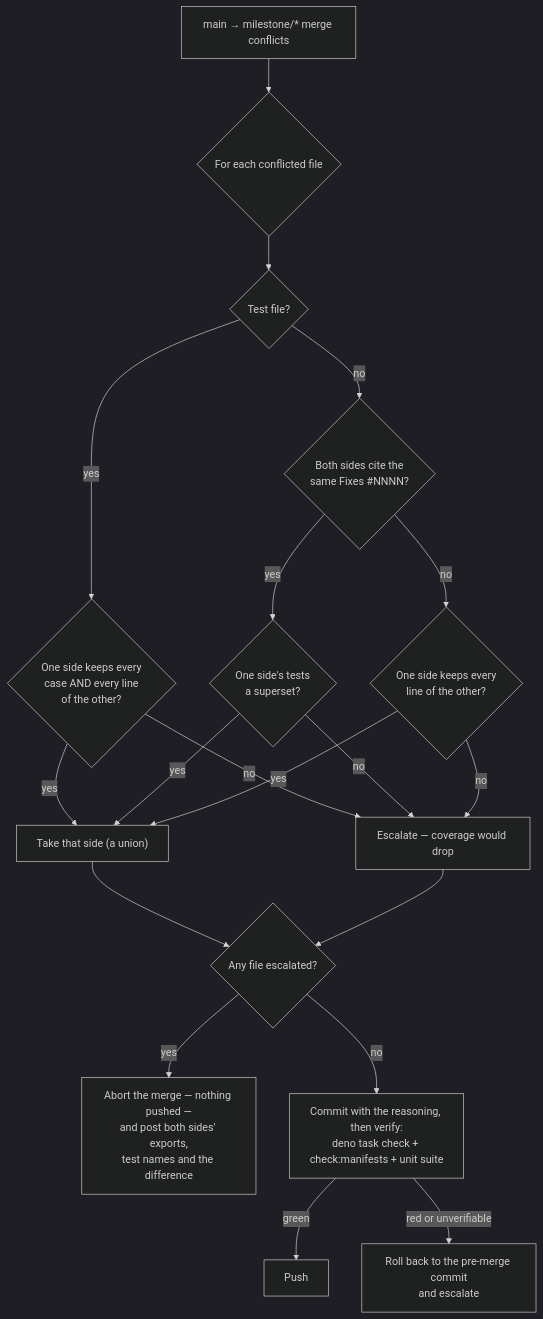
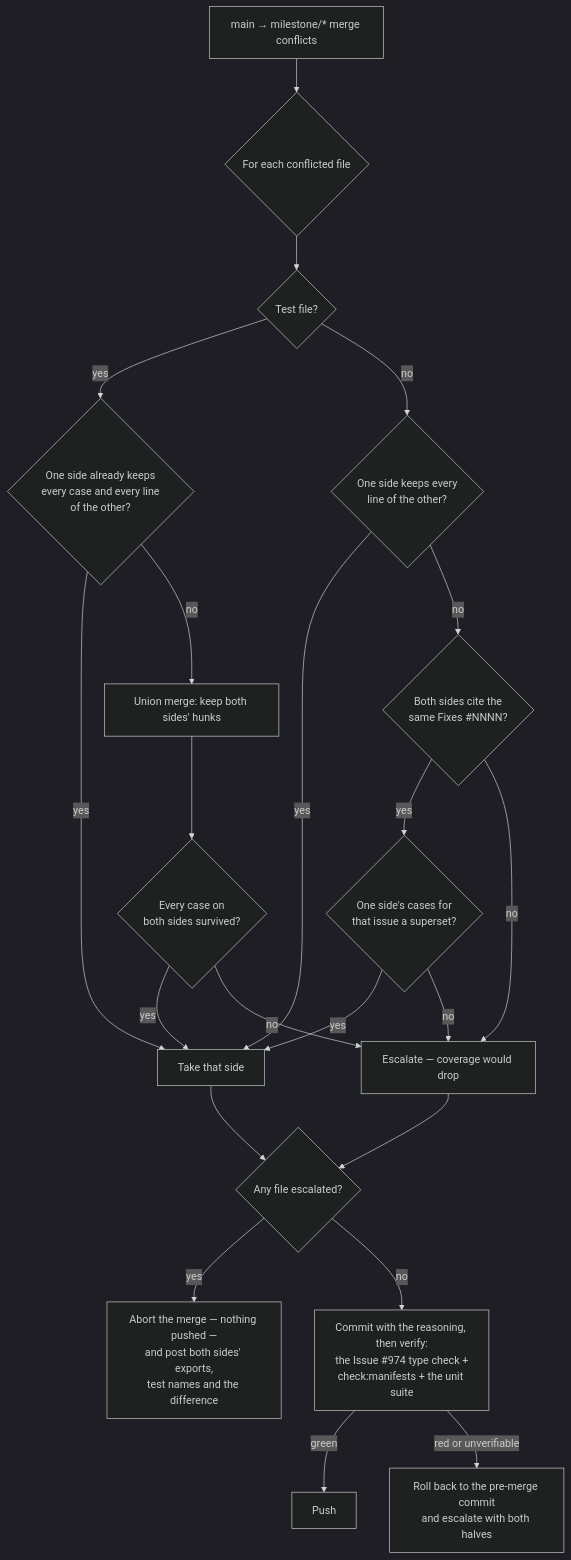
The fifth of 6 diagrams in docs/workflows/milestones.md (stSoftwareAU/VibeCoder), drawn with Mermaid (dark theme) before and after one commit. The commit also changed other lines of this file and 18 other files, not shown here.

````diff
--- a/docs/workflows/milestones.md
+++ b/docs/workflows/milestones.md
@@ -236,21 +236,24 @@
 ```mermaid
 flowchart TD
     A["main → milestone/* merge conflicts"] --> B{"For each conflicted file"}
     B --> T{"Test file?"}
-    T -- yes --> U{"One side keeps every<br/>case AND every line<br/>of the other?"}
-    U -- yes --> K["Take that side (a union)"]
-    U -- no --> H["Escalate — coverage would drop"]
-    T -- no --> D{"Both sides cite the<br/>same Fixes #NNNN?"}
-    D -- yes --> E{"One side's tests<br/>a superset?"}
+    T -- yes --> U{"One side already keeps<br/>every case and every line<br/>of the other?"}
+    U -- yes --> K["Take that side"]
+    U -- no --> M["Union merge: keep both sides' hunks"]
+    M --> N{"Every case on<br/>both sides survived?"}
+    N -- yes --> K
+    N -- no --> H["Escalate — coverage would drop"]
+    T -- no --> F{"One side keeps every<br/>line of the other?"}
+    F -- yes --> K
+    F -- no --> D{"Both sides cite the<br/>same Fixes #NNNN?"}
+    D -- yes --> E{"One side's cases for<br/>that issue a superset?"}
     E -- yes --> K
     E -- no --> H
-    D -- no --> F{"One side keeps every<br/>line of the other?"}
-    F -- yes --> K
-    F -- no --> H
+    D -- no --> H
     K --> G{"Any file escalated?"}
     H --> G
     G -- yes --> X["Abort the merge — nothing pushed —<br/>and post both sides' exports,<br/>test names and the difference"]
-    G -- no --> V["Commit with the reasoning, then verify:<br/>deno task check + check:manifests + unit suite"]
+    G -- no --> V["Commit with the reasoning, then verify:<br/>the Issue #974 type check +<br/>check:manifests + the unit suite"]
     V -- green --> P["Push"]
-    V -- red or unverifiable --> R["Roll back to the pre-merge commit<br/>and escalate"]
+    V -- red or unverifiable --> R["Roll back to the pre-merge commit<br/>and escalate with both halves"]
 ```
````
